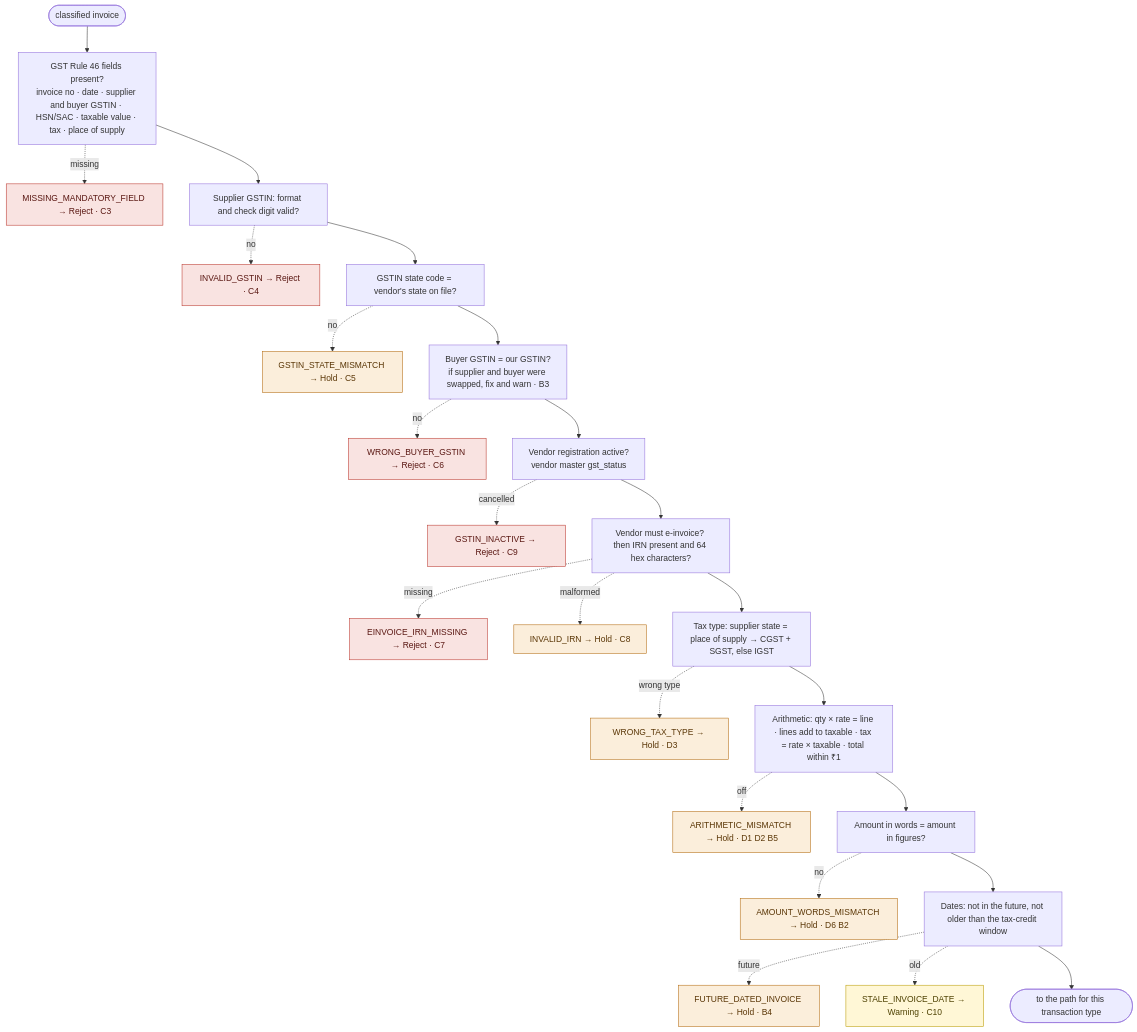
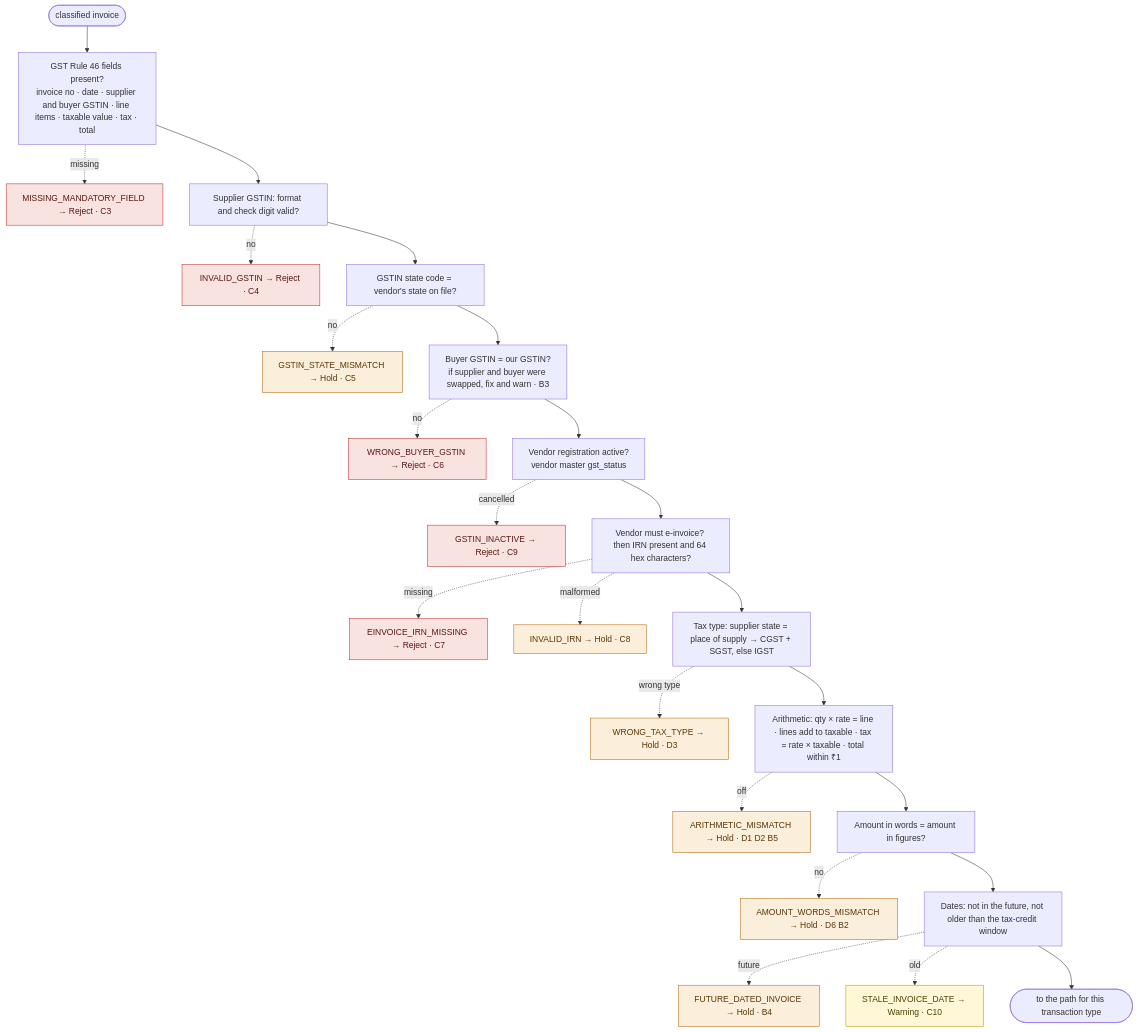
The third of 9 diagrams in README.md (sh-yamm/Invoice-Automation-Agent), drawn with Mermaid before and after one commit. The commit also changed 6 other files, not shown here.

````diff
--- a/README.md
+++ b/README.md
@@ -183,29 +183,29 @@
 ```mermaid
 flowchart TD
-  S(["classified invoice"]) --> V1["GST Rule 46 fields present?<br/>invoice no · date · supplier and buyer GSTIN · HSN/SAC · taxable value · tax · place of supply"]
+  S(["classified invoice"]) --> V1["GST Rule 46 fields present?<br/>invoice no · date · supplier and buyer GSTIN · line items · taxable value · tax · total"]
   V1 -.->|missing| V1x["MISSING_MANDATORY_FIELD → Reject · C3"]:::rej
   V1 --> V2["Supplier GSTIN: format and check digit valid?"]
   V2 -.->|no| V2x["INVALID_GSTIN → Reject · C4"]:::rej
   V2 --> V3["GSTIN state code = vendor's state on file?"]
   V3 -.->|no| V3x["GSTIN_STATE_MISMATCH → Hold · C5"]:::hold
   V3 --> V4["Buyer GSTIN = our GSTIN?<br/>if supplier and buyer were swapped, fix and warn · B3"]
   V4 -.->|no| V4x["WRONG_BUYER_GSTIN → Reject · C6"]:::rej
   V4 --> V5["Vendor registration active?<br/>vendor master gst_status"]
   V5 -.->|cancelled| V5x["GSTIN_INACTIVE → Reject · C9"]:::rej
   V5 --> V6["Vendor must e-invoice? then IRN present and 64 hex characters?"]
   V6 -.->|missing| V6x["EINVOICE_IRN_MISSING → Reject · C7"]:::rej
   V6 -.->|malformed| V6y["INVALID_IRN → Hold · C8"]:::hold
   V6 --> V7["Tax type: supplier state = place of supply → CGST + SGST, else IGST"]
   V7 -.->|wrong type| V7x["WRONG_TAX_TYPE → Hold · D3"]:::hold
   V7 --> V8["Arithmetic: qty × rate = line · lines add to taxable · tax = rate × taxable · total within ₹1"]
   V8 -.->|off| V8x["ARITHMETIC_MISMATCH → Hold · D1 D2 B5"]:::hold
   V8 --> V9["Amount in words = amount in figures?"]
   V9 -.->|no| V9x["AMOUNT_WORDS_MISMATCH → Hold · D6 B2"]:::hold
   V9 --> V10["Dates: not in the future, not older than the tax-credit window"]
   V10 -.->|future| V10x["FUTURE_DATED_INVOICE → Hold · B4"]:::hold
   V10 -.->|old| V10y["STALE_INVOICE_DATE → Warning · C10"]:::warn
   V10 --> Z(["to the path for this transaction type"])
   classDef rej fill:#F9E3E1,stroke:#B9342A,color:#5A1712
   classDef hold fill:#FBEEDB,stroke:#B26A0E,color:#5A3606
   classDef warn fill:#FFF7D6,stroke:#B89A00,color:#4D4000
 ```
````
